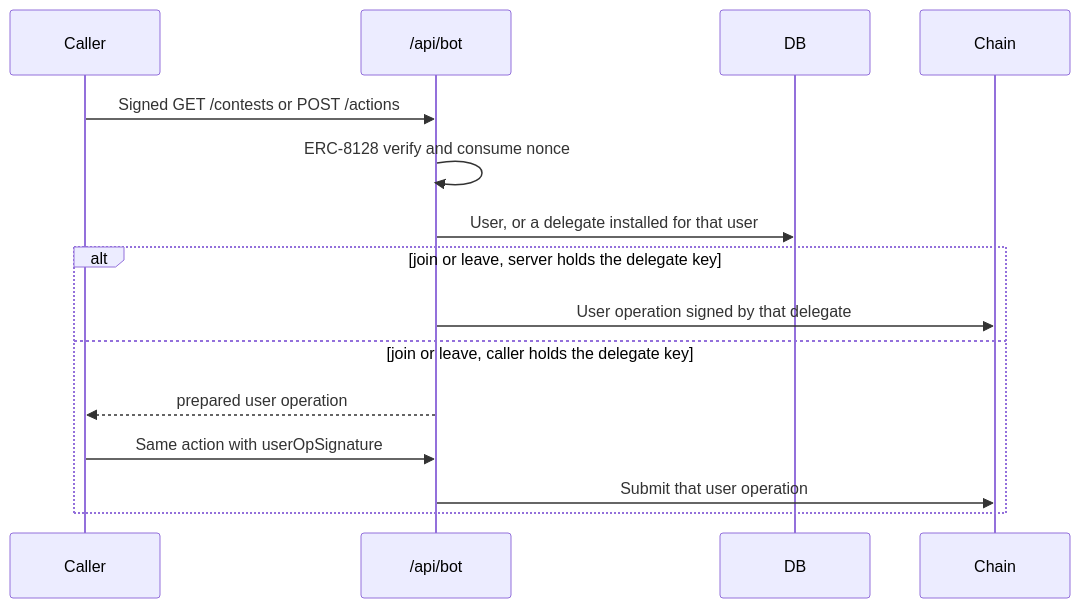
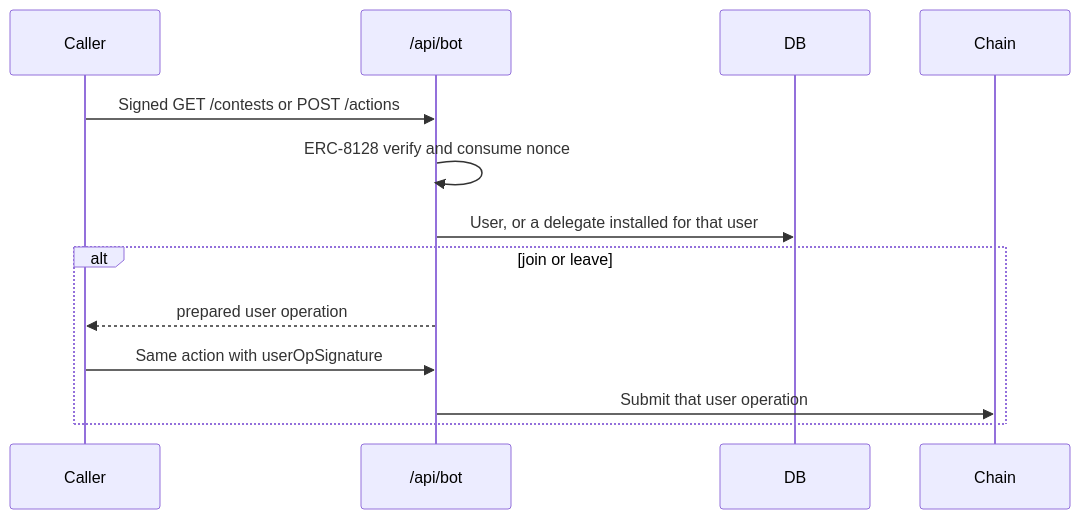
Before and after one commit to MagRelo/cut: the third of 7 diagrams in spec/cross-layer.md, drawn with Mermaid. The commit also changed other lines of this file and 36 other files, not shown here.

````diff
--- a/spec/cross-layer.md
+++ b/spec/cross-layer.md
@@ -82,18 +82,16 @@
 ```mermaid
 sequenceDiagram
   participant Caller
   participant API as /api/bot
   participant DB
   participant Chain
 
   Caller->>API: Signed GET /contests or POST /actions
   API->>API: ERC-8128 verify and consume nonce
   API->>DB: User, or a delegate installed for that user
-  alt join or leave, server holds the delegate key
-    API->>Chain: User operation signed by that delegate
-  else join or leave, caller holds the delegate key
+  alt join or leave
     API-->>Caller: prepared user operation
     Caller->>API: Same action with userOpSignature
     API->>Chain: Submit that user operation
   end
 ```
````
